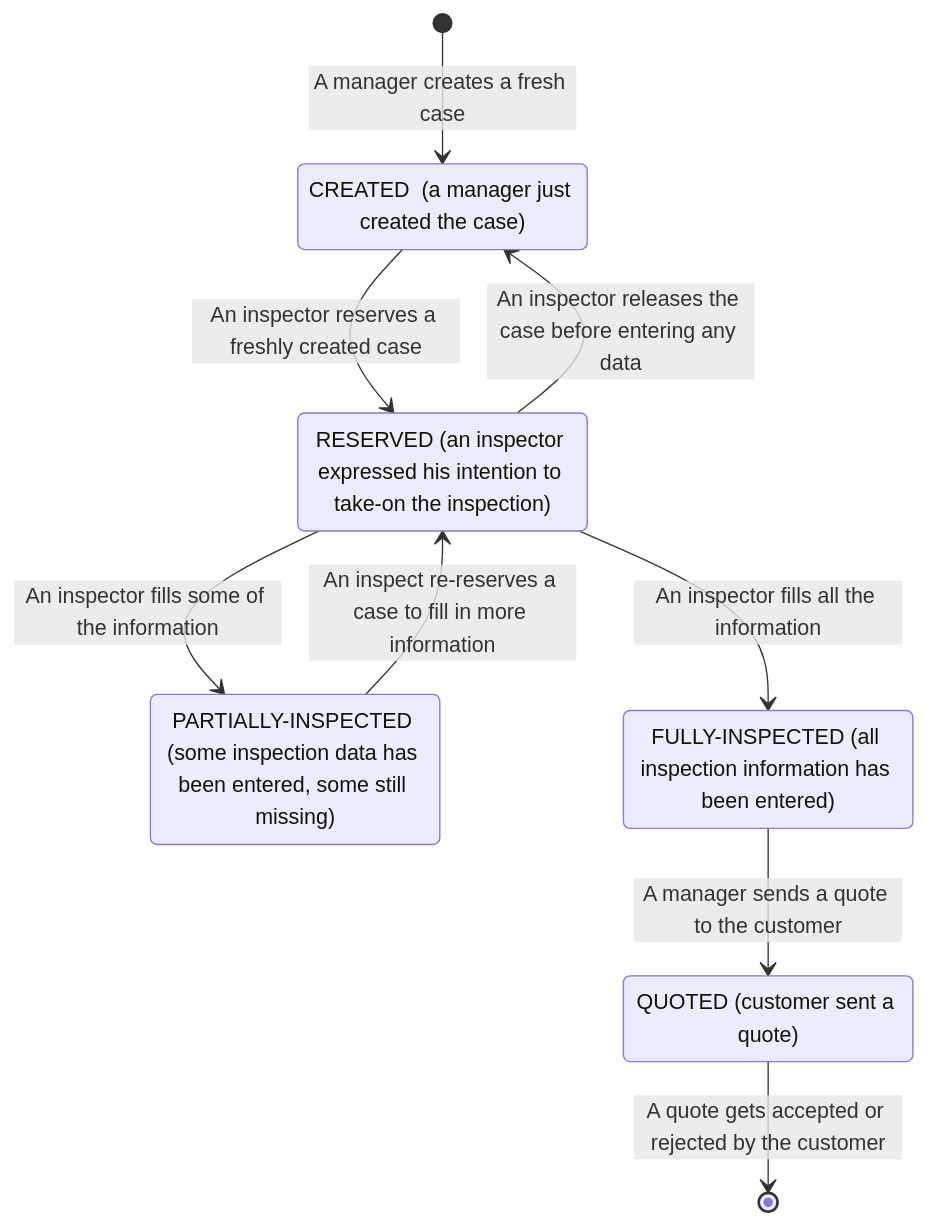
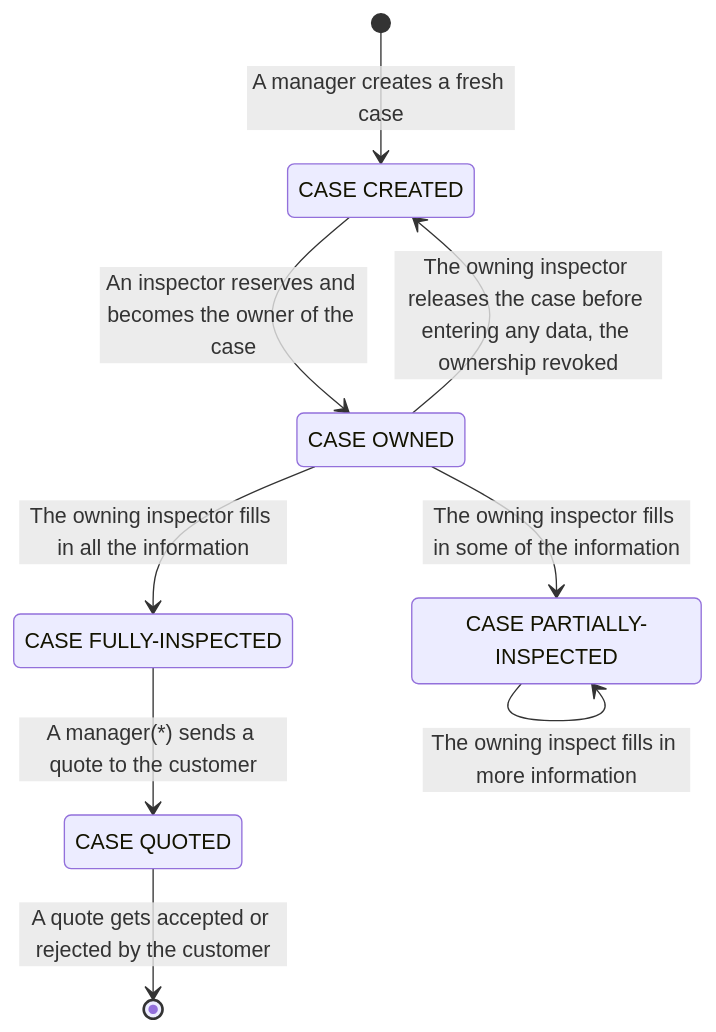
One commit to WildCodeSchool/2022-07-EN-Berlin-Remote1-Project3Planning changed the second of 2 diagrams in README.md. Above: the diagram before and after it, drawn with Mermaid.

````diff
--- a/README.md
+++ b/README.md
@@ -40,17 +40,17 @@
 ```mermaid
 stateDiagram-v2
-    state "CREATED  (a manager just created the case)" as created
-    state "RESERVED (an inspector expressed his intention to take-on the inspection)" as reserved
-    state "PARTIALLY-INSPECTED (some inspection data has been entered, some still missing)" as partial
-    state "FULLY-INSPECTED (all inspection information has been entered)" as full
-    state "QUOTED (customer sent a quote)" as quoted
+    state "CASE CREATED" as created
+    state "CASE OWNED" as reserved
+    state "CASE PARTIALLY-INSPECTED" as partial
+    state "CASE FULLY-INSPECTED" as full
+    state "CASE QUOTED" as quoted
     
     [*] --> created: A manager creates a fresh case
-    created --> reserved: An inspector reserves a freshly created case
-    reserved --> created: An inspector releases the case before entering any data
-    reserved --> full: An inspector fills all the information
-    reserved --> partial: An inspector fills some of the information
-    partial --> reserved: An inspect re-reserves a case to fill in more information
-    full --> quoted: A manager sends a quote to the customer
+    created --> reserved: An inspector reserves and becomes the owner of the case
+    reserved --> created: The owning inspector releases the case before entering any data, the ownership revoked
+    reserved --> full: The owning inspector fills in all the information
+    reserved --> partial: The owning inspector fills in some of the information
+    partial --> partial: The owning inspect fills in more information
+    full --> quoted: A manager(*) sends a quote to the customer
     quoted --> [*]: A quote gets accepted or rejected by the customer
 ```
````
